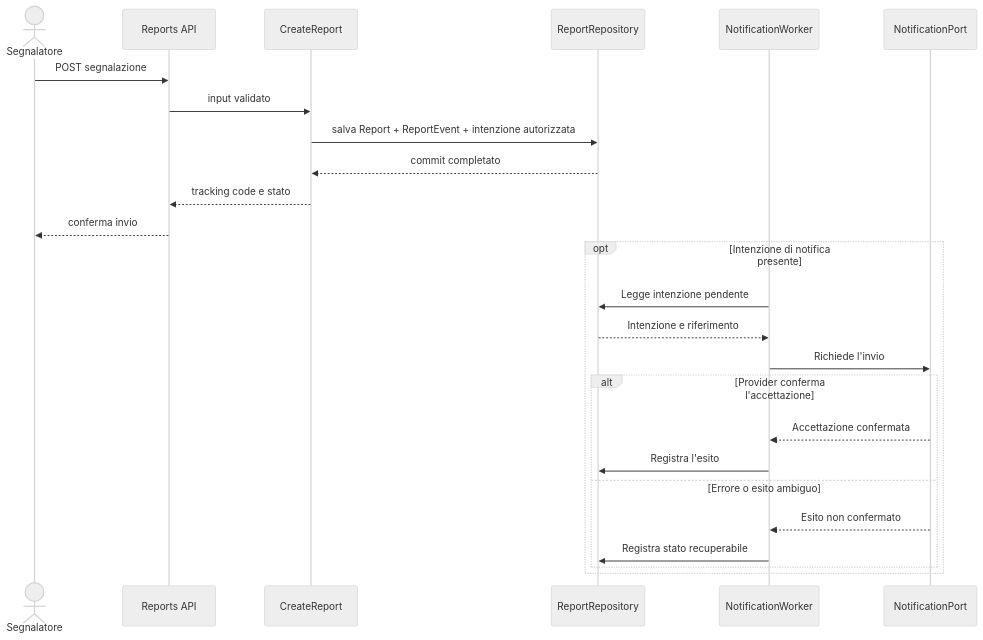
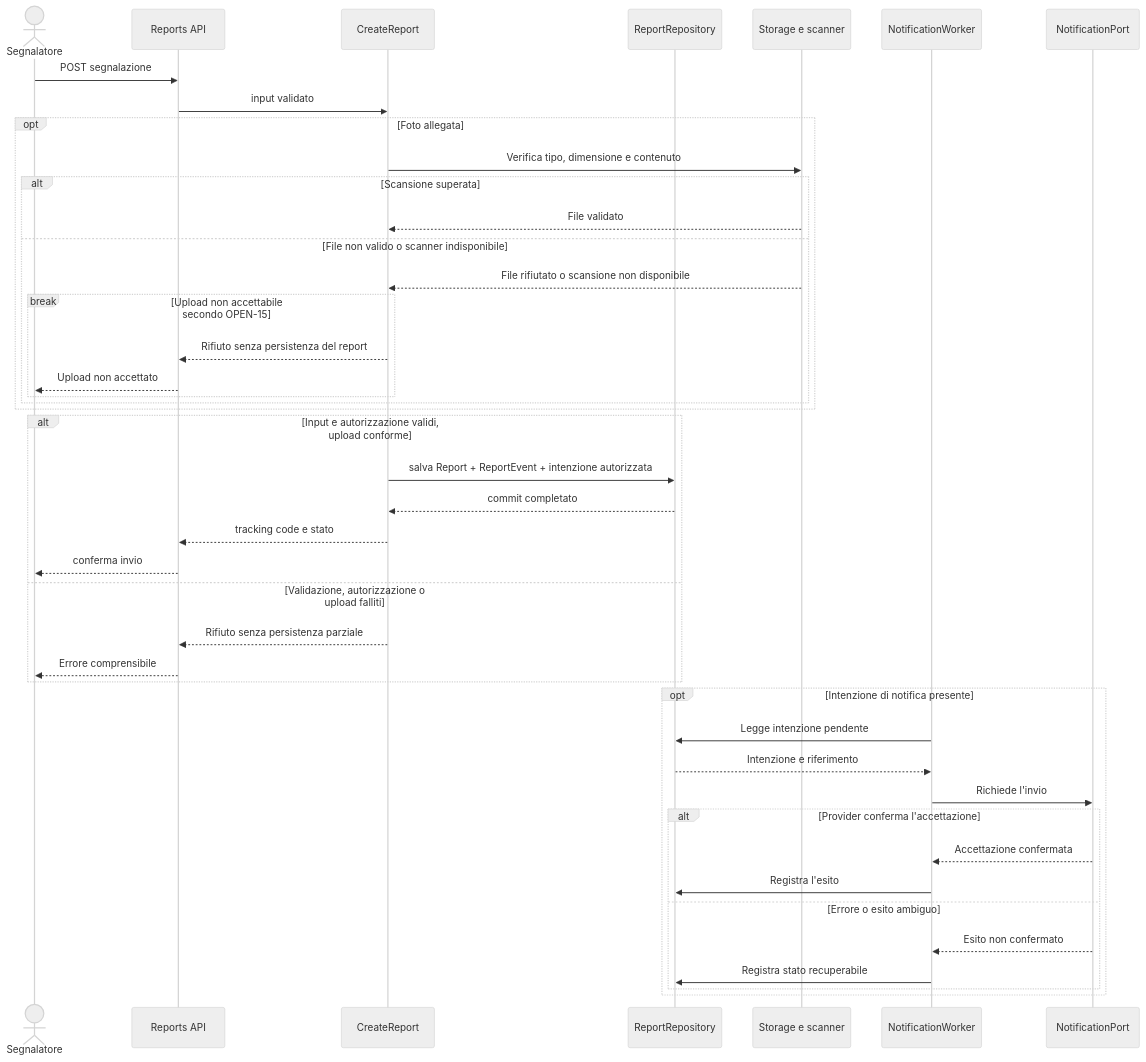
One commit to andreaplini/aegis changed the fifth of 9 diagrams in docs/RAD.md. Above: the diagram before and after it, drawn with Mermaid (neutral theme). The commit also changed other lines of this file and 4 other files, not shown here.

````diff
--- a/docs/RAD.md
+++ b/docs/RAD.md
@@ -482,28 +502,46 @@
 ```mermaid
 sequenceDiagram
   accDescr: L'API salva segnalazione, evento e intenzione di notifica autorizzata in modo atomico. Un worker invia la notifica dopo il commit e registra gli esiti.
   actor S as Segnalatore
   participant API as Reports API
   participant UC as CreateReport
   participant Repo as ReportRepository
+  participant Upload as Storage e scanner
   participant W as NotificationWorker
   participant N as NotificationPort
   S->>API: POST segnalazione
   API->>UC: input validato
-  UC->>Repo: salva Report + ReportEvent + intenzione autorizzata
-  Repo-->>UC: commit completato
-  UC-->>API: tracking code e stato
-  API-->>S: conferma invio
+  opt Foto allegata
+    UC->>Upload: Verifica tipo, dimensione e contenuto
+    alt Scansione superata
+      Upload-->>UC: File validato
+    else File non valido o scanner indisponibile
+      Upload-->>UC: File rifiutato o scansione non disponibile
+      break Upload non accettabile secondo OPEN-15
+        UC-->>API: Rifiuto senza persistenza del report
+        API-->>S: Upload non accettato
+      end
+    end
+  end
+  alt Input e autorizzazione validi, upload conforme
+    UC->>Repo: salva Report + ReportEvent + intenzione autorizzata
+    Repo-->>UC: commit completato
+    UC-->>API: tracking code e stato
+    API-->>S: conferma invio
+  else Validazione, autorizzazione o upload falliti
+    UC-->>API: Rifiuto senza persistenza parziale
+    API-->>S: Errore comprensibile
+  end
   opt Intenzione di notifica presente
     W->>Repo: Legge intenzione pendente
     Repo-->>W: Intenzione e riferimento
     W->>N: Richiede l'invio
     alt Provider conferma l'accettazione
       N-->>W: Accettazione confermata
       W->>Repo: Registra l'esito
     else Errore o esito ambiguo
       N-->>W: Esito non confermato
       W->>Repo: Registra stato recuperabile
     end
   end
 ```
````
